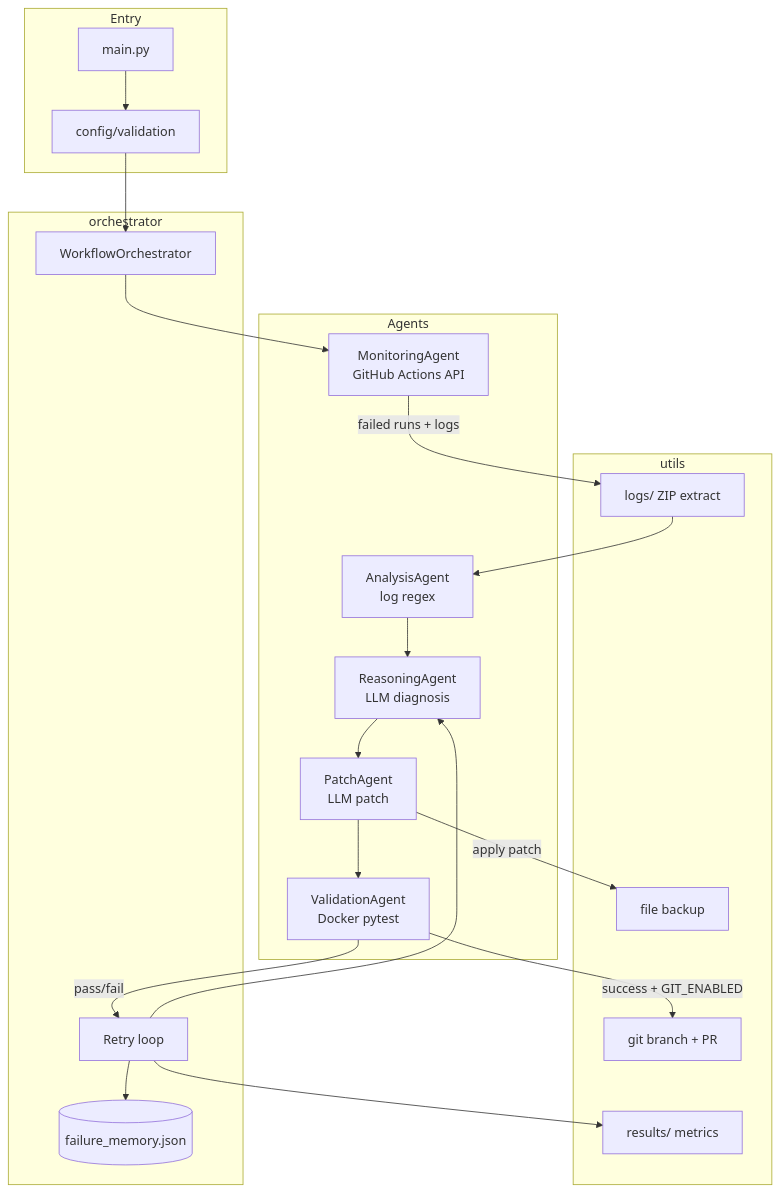
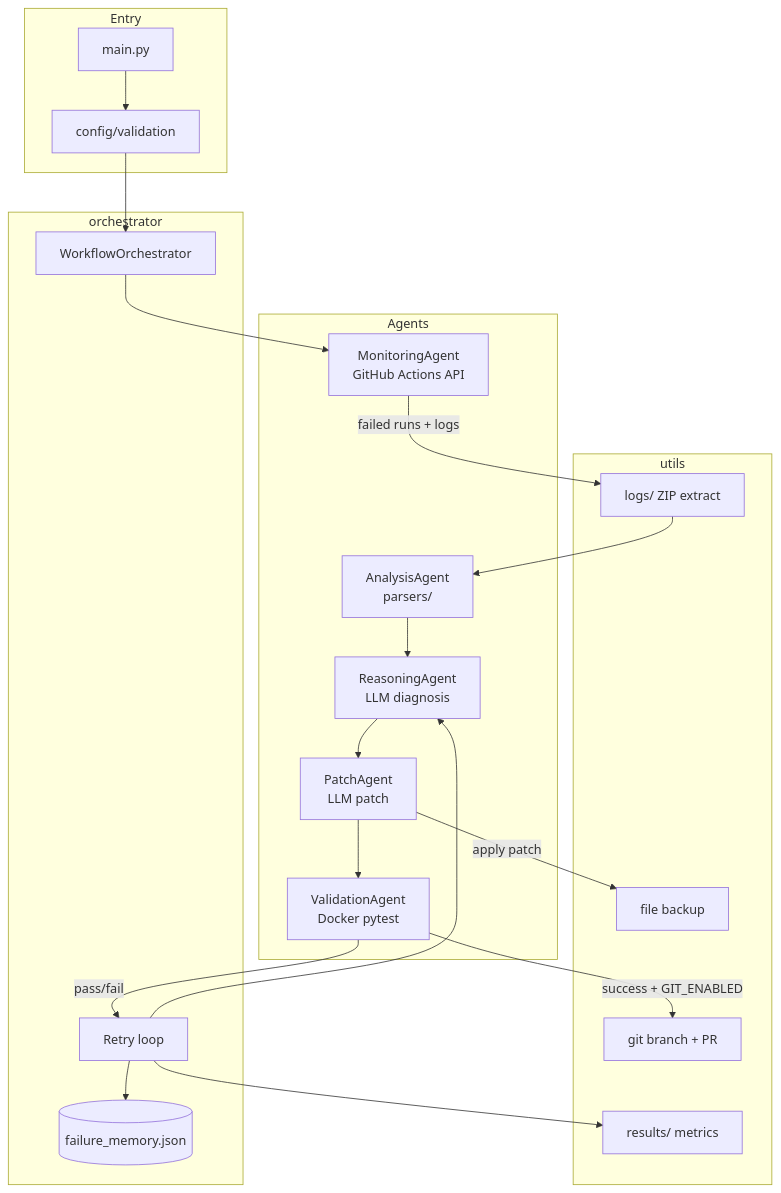
One commit to NyuydineBill/self-healing-cicd changed the diagram in README.md. Above: the diagram before and after it, drawn with Mermaid. The commit also changed other lines of this file and 30 other files, not shown here.

````diff
--- a/README.md
+++ b/README.md
@@ -96,42 +138,42 @@
 ```mermaid
 flowchart TB
     subgraph entry [Entry]
         MAIN[main.py]
         CFG[config/validation]
     end
 
     subgraph orch [orchestrator]
         WO[WorkflowOrchestrator]
         RETRY[Retry loop]
         MEM[(failure_memory.json)]
     end
 
     subgraph agents [Agents]
         MON[MonitoringAgent<br/>GitHub Actions API]
-        ANA[AnalysisAgent<br/>log regex]
+        ANA[AnalysisAgent<br/>parsers/]
         REA[ReasoningAgent<br/>LLM diagnosis]
         PAT[PatchAgent<br/>LLM patch]
         VAL[ValidationAgent<br/>Docker pytest]
     end
 
     subgraph support [utils]
         LOG[logs/ ZIP extract]
         BAK[file backup]
         GIT[git branch + PR]
         RES[results/ metrics]
     end
 
     MAIN --> CFG --> WO
     WO --> MON
     MON -->|failed runs + logs| LOG
     LOG --> ANA
     ANA --> REA
     REA --> PAT
     PAT -->|apply patch| BAK
     PAT --> VAL
     VAL -->|pass/fail| RETRY
     RETRY --> REA
     RETRY --> MEM
     RETRY --> RES
     VAL -->|success + GIT_ENABLED| GIT
 ```
````
